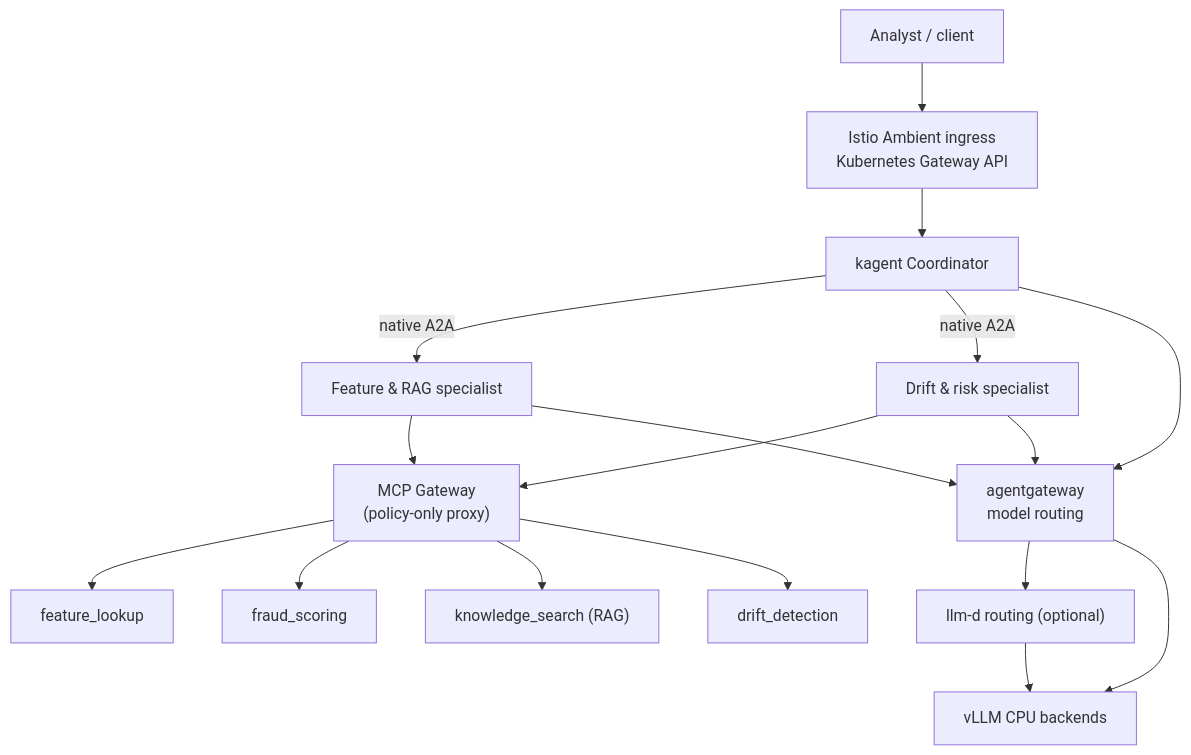
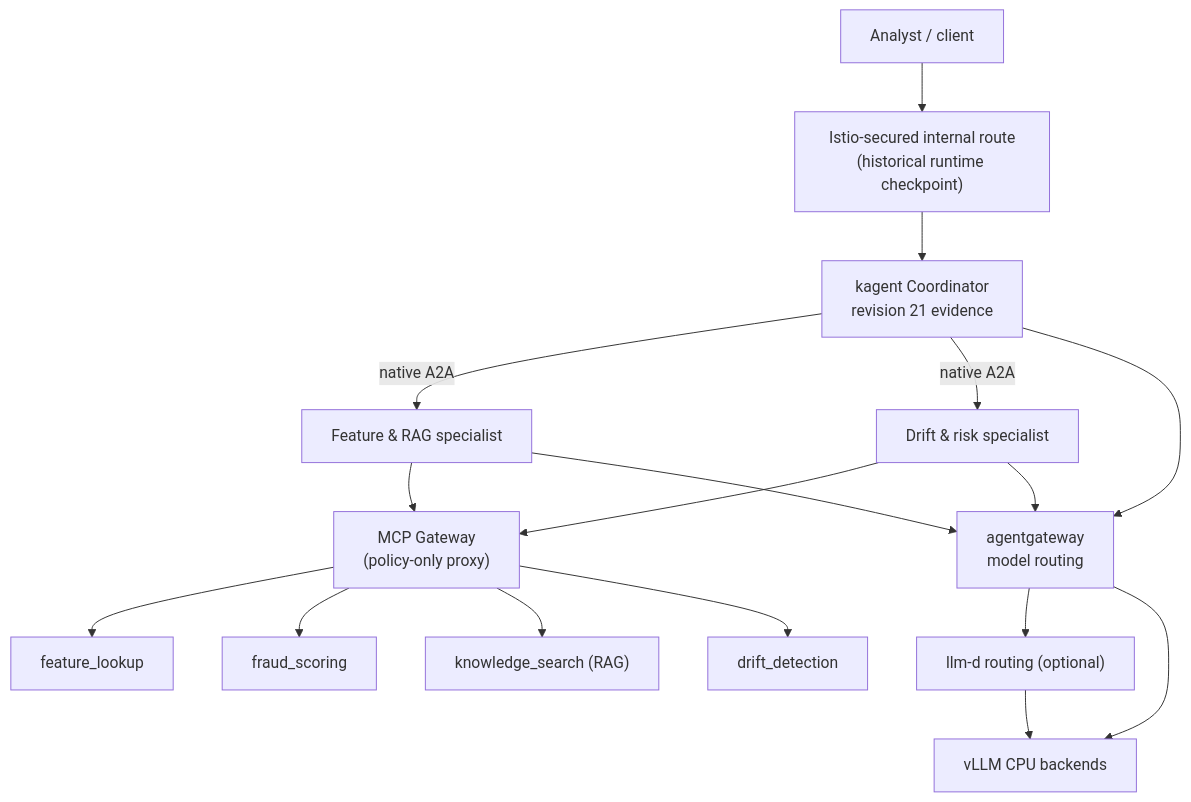
Before and after one commit to HuyyGiaa/ewallet-data-ai-platform: the sixth of 6 diagrams in README.md, drawn with Mermaid. The commit also changed other lines of this file, not shown here.

````diff
--- a/README.md
+++ b/README.md
@@ -381,15 +440,15 @@
 ```mermaid
 flowchart TB
-    U["Analyst / client"] --> GW["Istio Ambient ingress<br/>Kubernetes Gateway API"]
-    GW --> CO["kagent Coordinator"]
+    U["Analyst / client"] --> GW["Istio-secured internal route<br/>(historical runtime checkpoint)"]
+    GW --> CO["kagent Coordinator<br/>revision 21 evidence"]
     CO -- "native A2A" --> S1["Feature & RAG specialist"]
     CO -- "native A2A" --> S2["Drift & risk specialist"]
     S1 & S2 --> MG["MCP Gateway<br/>(policy-only proxy)"]
     MG --> T1["feature_lookup"]
     MG --> T2["fraud_scoring"]
     MG --> T3["knowledge_search (RAG)"]
     MG --> T4["drift_detection"]
     CO & S1 & S2 --> AGW["agentgateway<br/>model routing"]
     AGW --> LD["llm-d routing (optional)"] --> V["vLLM CPU backends"]
     AGW --> V
 ```
````
